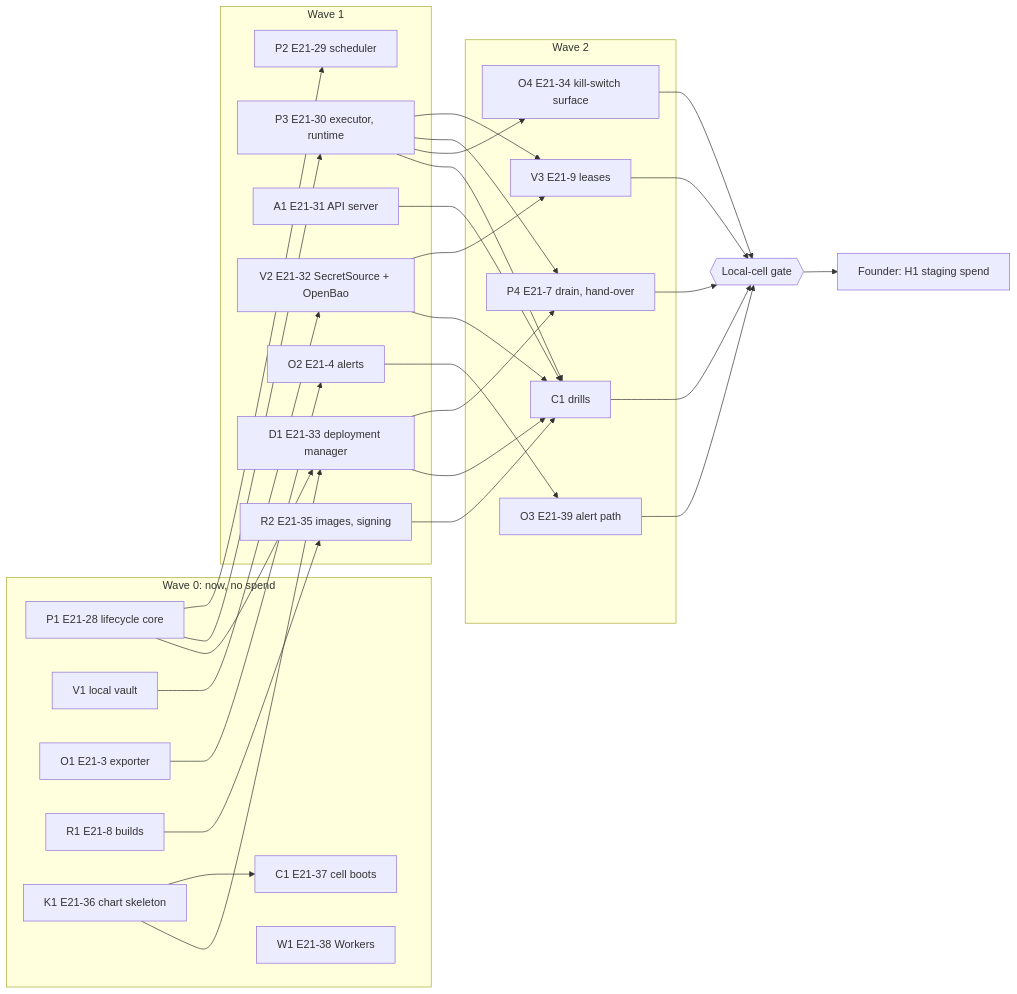
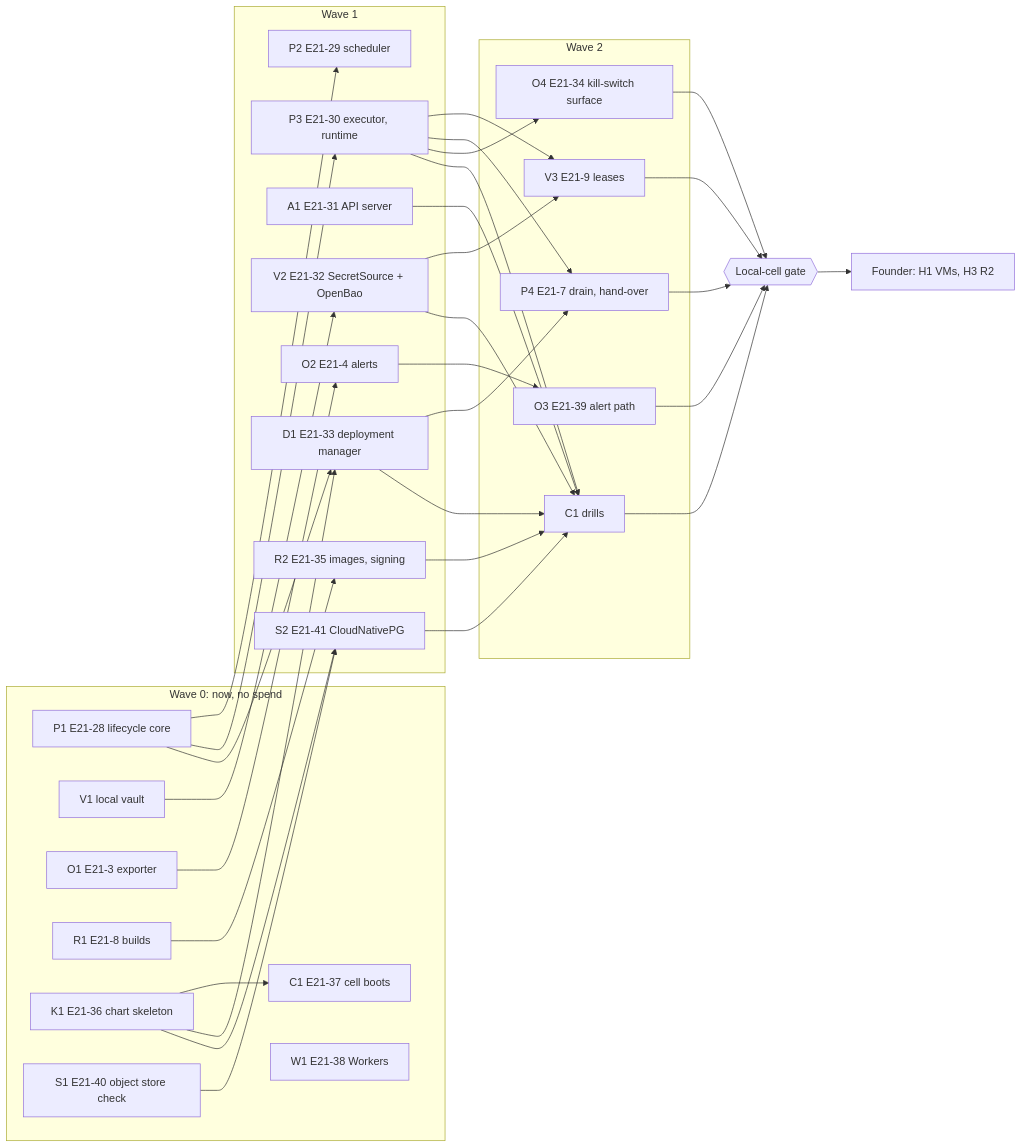
Before and after one commit to kunwarshivam/mandate: the diagram in docs/project/tasks/managed-cells.md, drawn with Mermaid. The commit also changed other lines of this file and 3 other files, not shown here.

First line of the commit message:
Shape the managed-cells plan around one k3s-to-managed architecture

````diff
--- a/docs/project/tasks/managed-cells.md
+++ b/docs/project/tasks/managed-cells.md
@@ -161,42 +212,47 @@
 ```mermaid
 flowchart LR
     subgraph W0["Wave 0: now, no spend"]
         P1["P1 E21-28 lifecycle core"]
         V1["V1 local vault"]
         O1["O1 E21-3 exporter"]
         R1["R1 E21-8 builds"]
         K1["K1 E21-36 chart skeleton"]
         C1a["C1 E21-37 cell boots"]
         W1["W1 E21-38 Workers"]
+        S1["S1 E21-40 object store check"]
     end
     subgraph W1g["Wave 1"]
         P2["P2 E21-29 scheduler"]
         P3["P3 E21-30 executor, runtime"]
         A1["A1 E21-31 API server"]
         V2["V2 E21-32 SecretSource + OpenBao"]
         D1["D1 E21-33 deployment manager"]
         O2["O2 E21-4 alerts"]
         R2["R2 E21-35 images, signing"]
+        S2["S2 E21-41 CloudNativePG"]
     end
     subgraph W2["Wave 2"]
         P4["P4 E21-7 drain, hand-over"]
         V3["V3 E21-9 leases"]
         O3["O3 E21-39 alert path"]
         O4["O4 E21-34 kill-switch surface"]
         C1b["C1 drills"]
     end
     G{{"Local-cell gate"}}
-    H["Founder: H1 staging spend"]
+    H["Founder: H1 VMs, H3 R2"]
     P1 --> P2 & P3 & D1
     V1 --> V2 --> V3
     P3 --> V3
     O1 --> O2 --> O3
     R1 --> R2
     K1 --> C1a
     K1 --> D1
+    S1 --> S2
+    K1 --> S2
+    S2 --> C1b
     P3 --> P4
     D1 --> P4
     P3 --> O4
     P3 & A1 & V2 & D1 & R2 --> C1b
     P4 & V3 & O3 & O4 & C1b --> G --> H
 ```
````
